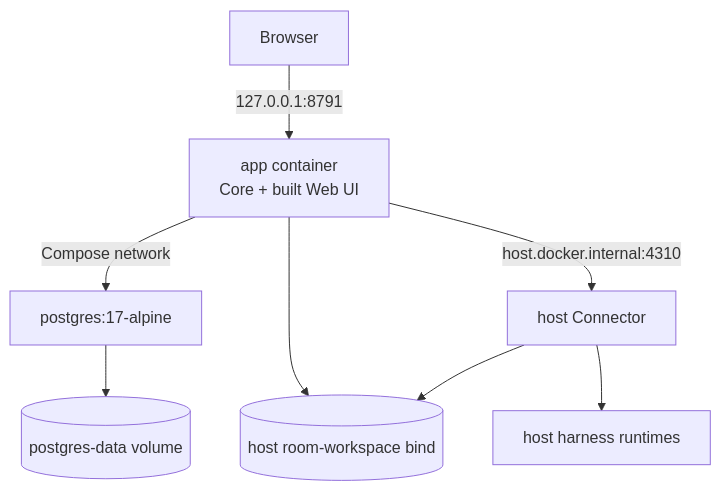
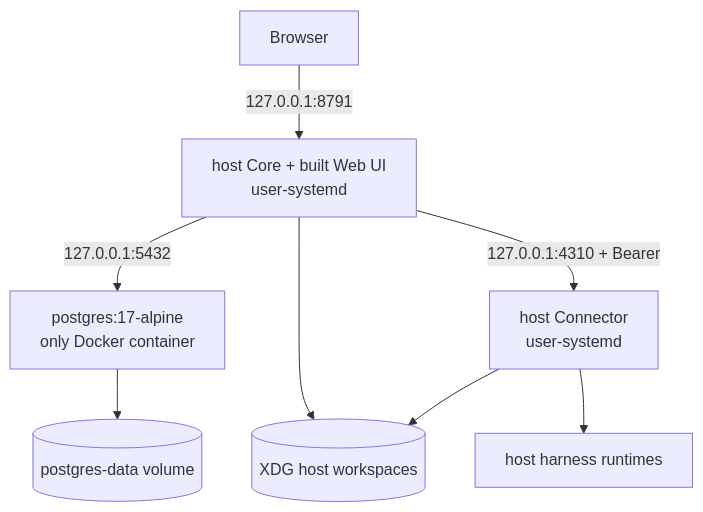
The second of 2 diagrams in docs/architecture/overview.md (riffi/agenvyl), drawn with Mermaid before and after one commit. The commit also changed other lines of this file and 29 other files, not shown here.

````diff
--- a/docs/architecture/overview.md
+++ b/docs/architecture/overview.md
@@ -41,10 +41,10 @@
 ```mermaid
 flowchart TB
-  Browser -->|127.0.0.1:8791| App[app container<br/>Core + built Web UI]
-  App -->|Compose network| DB[postgres:17-alpine]
-  App -->|host.docker.internal:4310| Connector[host Connector]
-  App --> Workspace[(host room-workspace bind)]
+  Browser -->|127.0.0.1:8791| Core[host Core + built Web UI<br/>user-systemd]
+  Core -->|127.0.0.1:5432| DB[postgres:17-alpine<br/>only Docker container]
+  Core -->|127.0.0.1:4310 + Bearer| Connector[host Connector<br/>user-systemd]
+  Core --> Workspace[(XDG host workspaces)]
   Connector --> Workspace
   Connector --> Harnesses[host harness runtimes]
   DB --> Volume[(postgres-data volume)]
 ```
````
